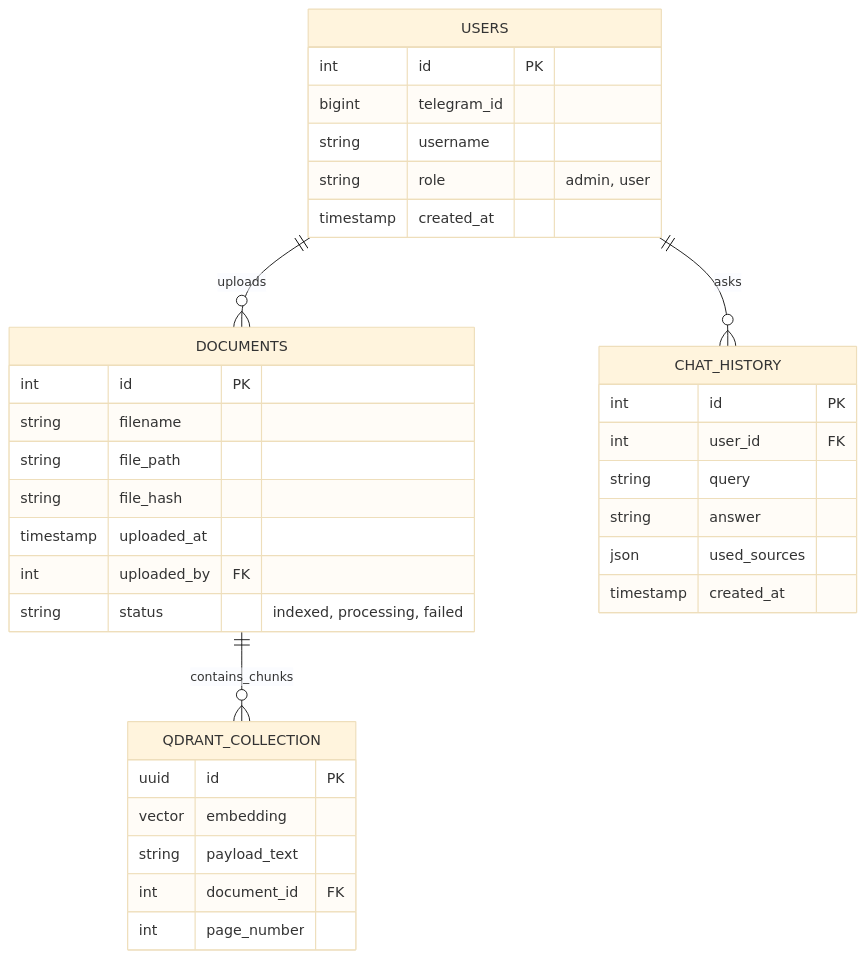
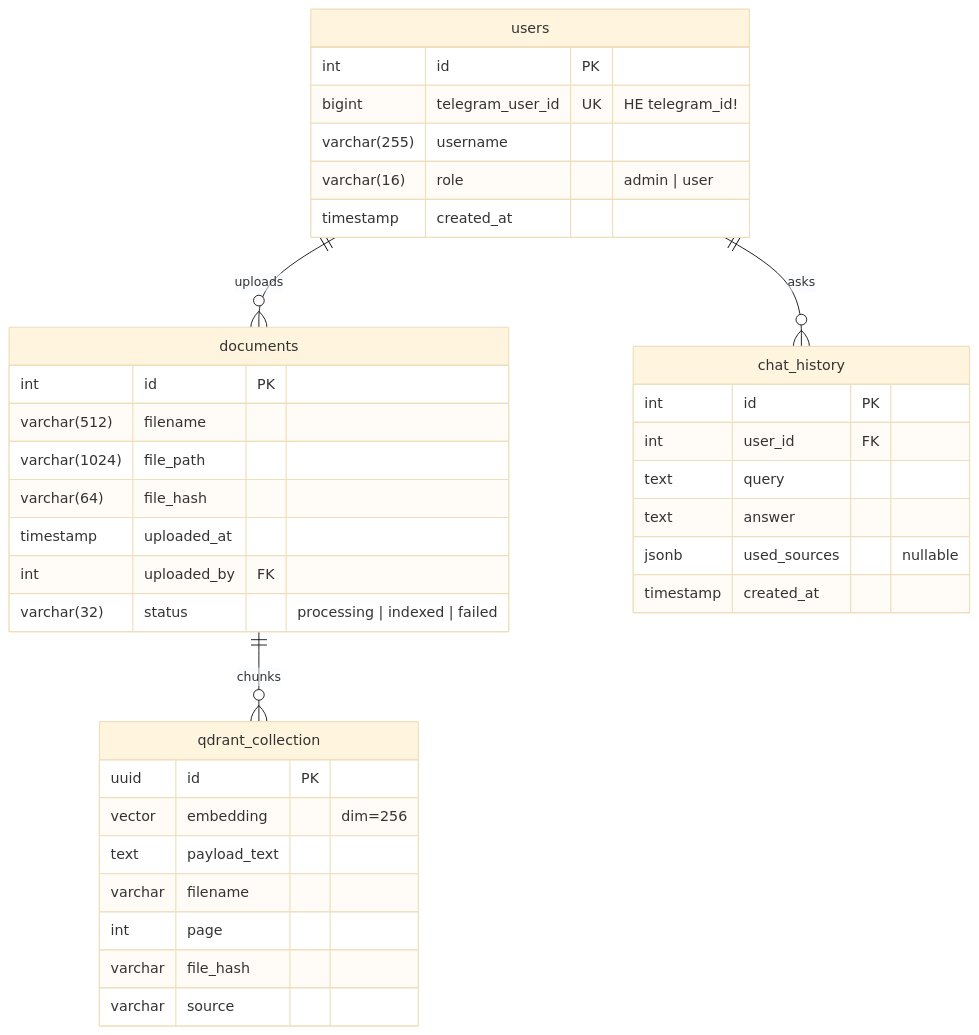
The third of 3 diagrams in README.md (ugryumnik/hse-python-advanced-project), drawn with Mermaid (base theme) before and after one commit.

Commit message:
Update ER-diagram

````diff
--- a/README.md
+++ b/README.md
@@ -216,41 +216,43 @@
 ```mermaid
 erDiagram
-    USERS {
+    users {
         int id PK
-        bigint telegram_id
-        string username
-        string role "admin, user"
+        bigint telegram_user_id UK "НЕ telegram_id!"
+        varchar(255) username
+        varchar(16) role "admin | user"
         timestamp created_at
     }
 
-    DOCUMENTS {
+    documents {
         int id PK
-        string filename
-        string file_path
-        string file_hash
+        varchar(512) filename
+        varchar(1024) file_path
+        varchar(64) file_hash
         timestamp uploaded_at
         int uploaded_by FK
-        string status "indexed, processing, failed"
+        varchar(32) status "processing | indexed | failed"
     }
 
-    CHAT_HISTORY {
+    chat_history {
         int id PK
         int user_id FK
-        string query
-        string answer
-        json used_sources
+        text query
+        text answer
+        jsonb used_sources "nullable"
         timestamp created_at
     }
 
-    QDRANT_COLLECTION {
+    qdrant_collection {
         uuid id PK
-        vector embedding
-        string payload_text
-        int document_id FK
-        int page_number
+        vector embedding "dim=256"
+        text payload_text
+        varchar filename
+        int page
+        varchar file_hash
+        varchar source
     }
 
-    USERS ||--o{ DOCUMENTS : uploads
-    USERS ||--o{ CHAT_HISTORY : asks
-    DOCUMENTS ||--o{ QDRANT_COLLECTION : contains_chunks
+    users ||--o{ documents : "uploads"
+    users ||--o{ chat_history : "asks"
+    documents ||--o{ qdrant_collection : "chunks"
 ```
````
